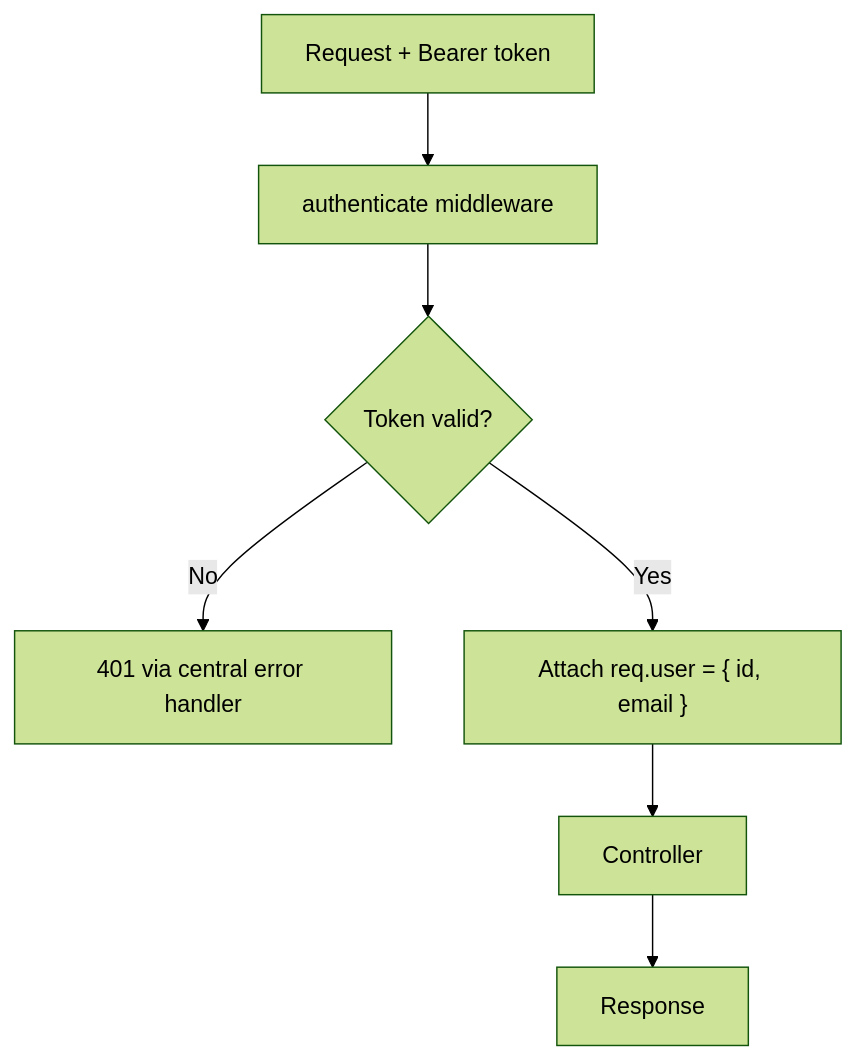
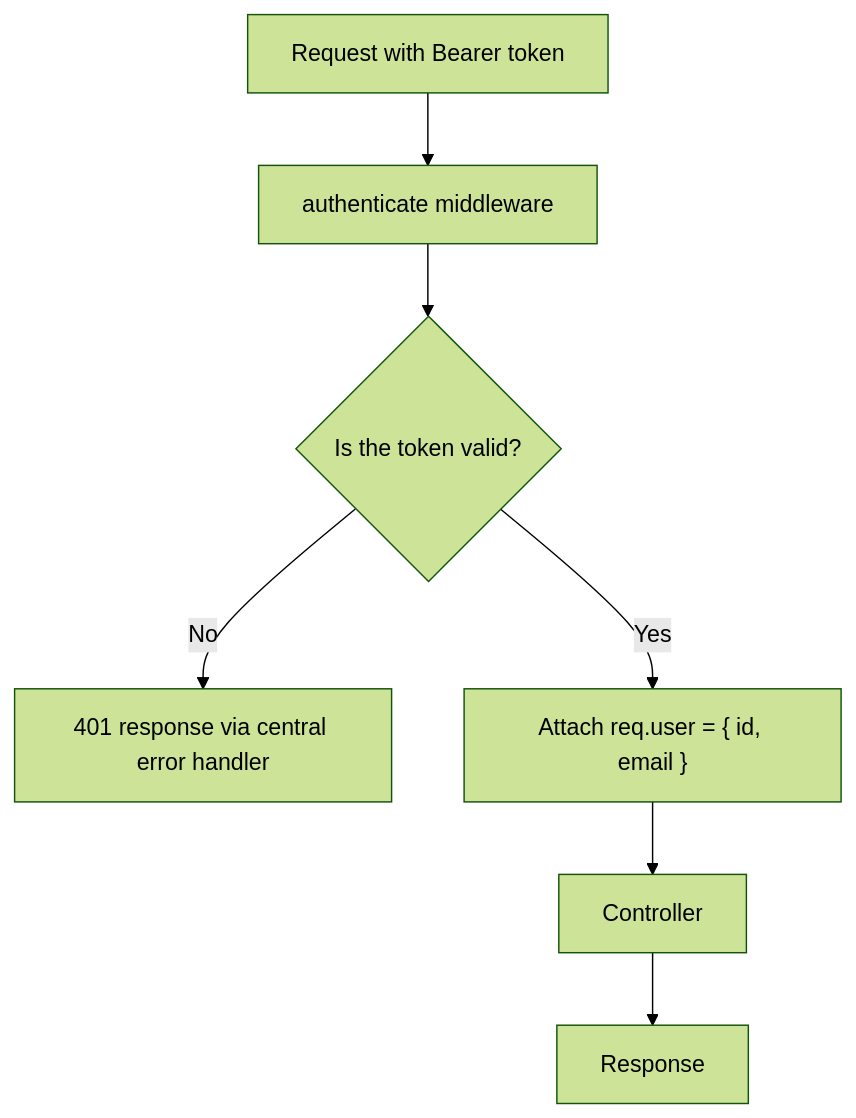
Before and after one commit to vaishnaviinit/DevFlow: the fourth of 6 diagrams in README.md, drawn with Mermaid (forest theme). The commit also changed other lines of this file and 2 other files, not shown here.

````diff
--- a/README.md
+++ b/README.md
@@ -322,9 +399,9 @@
 ```mermaid
 flowchart TD
-    R["Request + Bearer token"] --> M["authenticate middleware"]
-    M --> V{"Token valid?"}
-    V -->|No| E["401 via central error handler"]
+    R["Request with Bearer token"] --> M["authenticate middleware"]
+    M --> V{"Is the token valid?"}
+    V -->|No| E["401 response via central error handler"]
     V -->|Yes| U["Attach req.user = { id, email }"]
     U --> Ctrl["Controller"]
     Ctrl --> Res["Response"]
 ```
````
